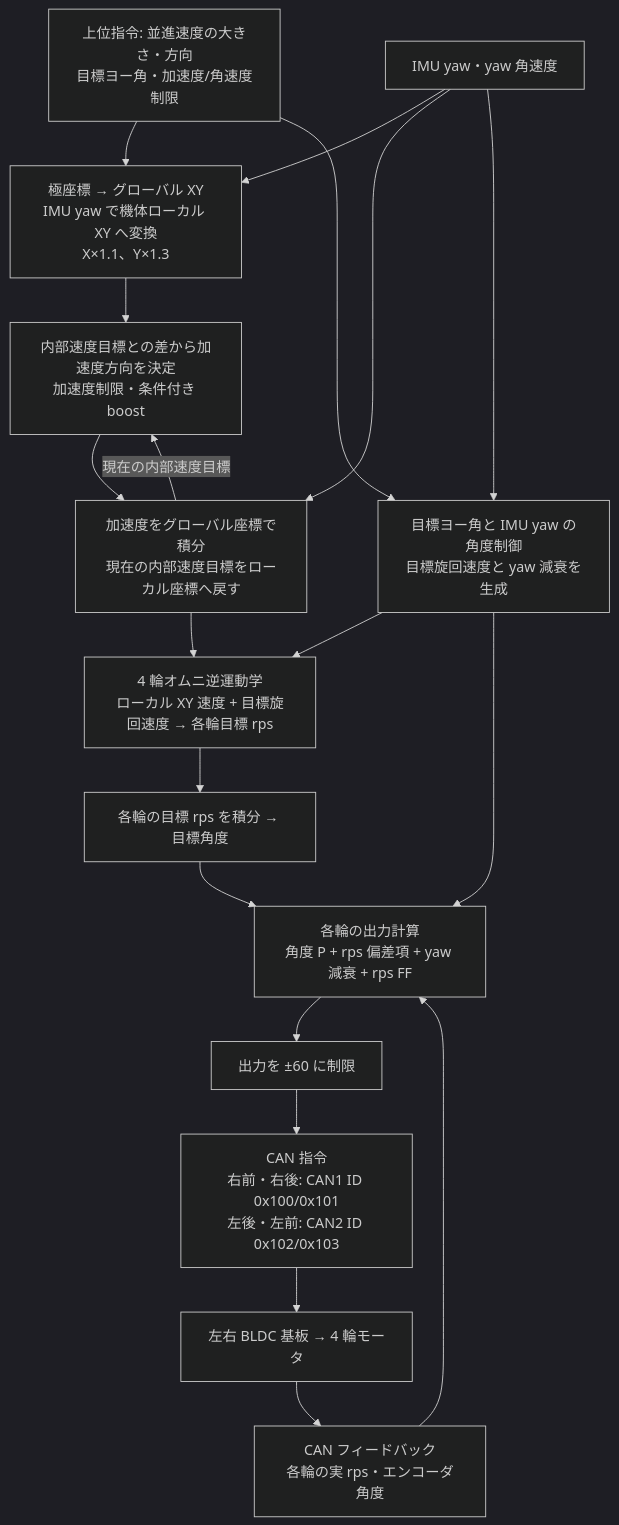
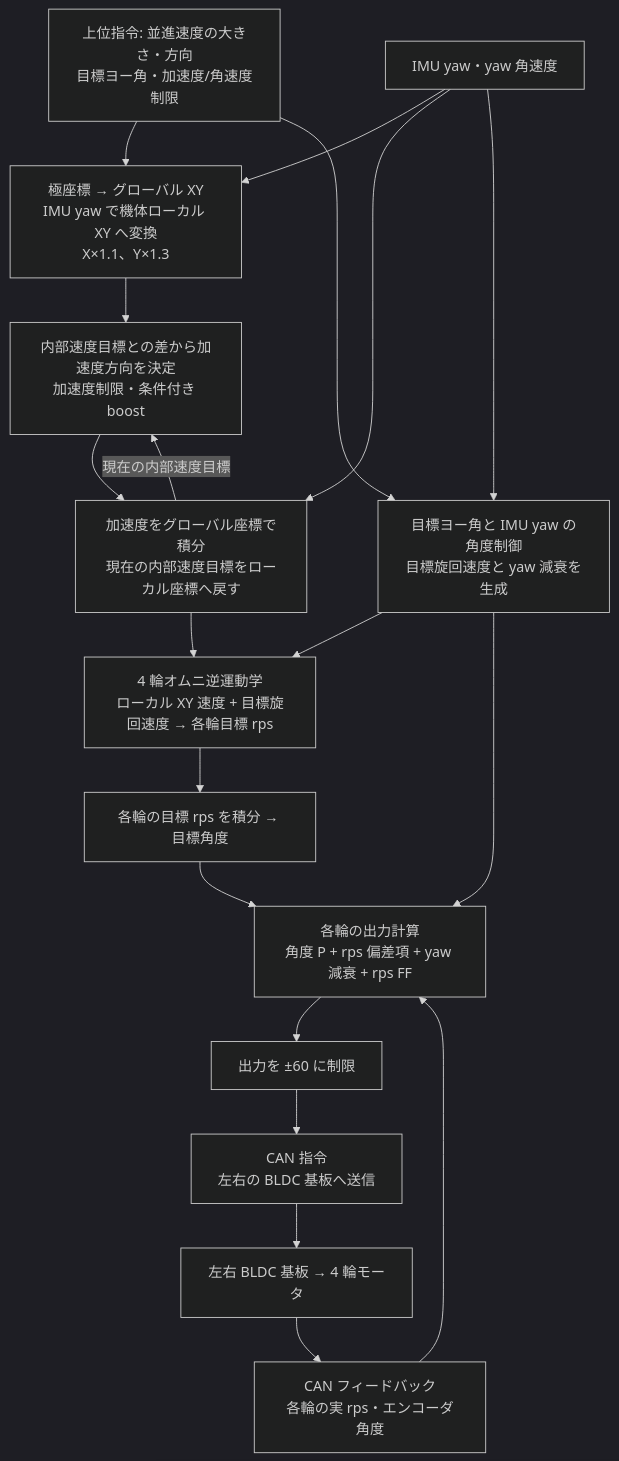
Before and after one commit to ibis-ssl/G474_Orion_main: the diagram in doc/hw_control.md, drawn with Mermaid (dark theme). The commit also changed other lines of this file and 16 other files, not shown here.

````diff
--- a/doc/hw_control.md
+++ b/doc/hw_control.md
@@ -10,26 +9,26 @@
 ```mermaid
 flowchart TB
     CMD["上位指令: 並進速度の大きさ・方向<br/>目標ヨー角・加速度/角速度制限"]
     XY["極座標 → グローバル XY<br/>IMU yaw で機体ローカル XY へ変換<br/>X×1.1、Y×1.3"]
     ACC["内部速度目標との差から加速度方向を決定<br/>加速度制限・条件付き boost"]
     INT["加速度をグローバル座標で積分<br/>現在の内部速度目標をローカル座標へ戻す"]
     THETA["目標ヨー角と IMU yaw の角度制御<br/>目標旋回速度と yaw 減衰を生成"]
     KIN["4 輪オムニ逆運動学<br/>ローカル XY 速度 + 目標旋回速度 → 各輪目標 rps"]
     ANG["各輪の目標 rps を積分 → 目標角度"]
     CTRL["各輪の出力計算<br/>角度 P + rps 偏差項 + yaw 減衰 + rps FF"]
     LIMIT["出力を ±60 に制限"]
-    CAN["CAN 指令<br/>右前・右後: CAN1 ID 0x100/0x101<br/>左後・左前: CAN2 ID 0x102/0x103"]
+    CAN["CAN 指令<br/>左右の BLDC 基板へ送信"]
     DRIVE["左右 BLDC 基板 → 4 輪モータ"]
     FB["CAN フィードバック<br/>各輪の実 rps・エンコーダ角度"]
     IMU["IMU yaw・yaw 角速度"]
 
     CMD --> XY --> ACC --> INT --> KIN --> ANG --> CTRL --> LIMIT --> CAN
     CMD --> THETA --> KIN
     THETA --> CTRL
     INT -->|現在の内部速度目標| ACC
     IMU --> XY
     IMU --> INT
     IMU --> THETA
     CAN --> DRIVE --> FB
     FB --> CTRL
 ```
````
